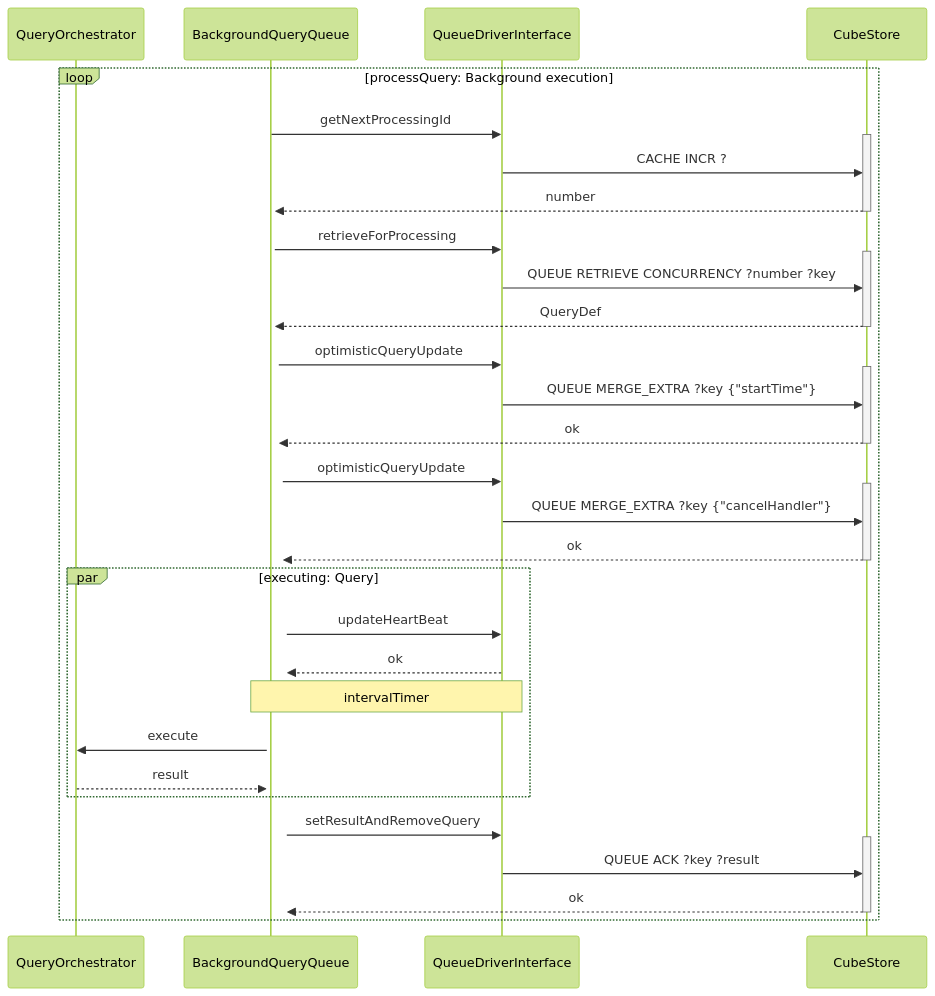
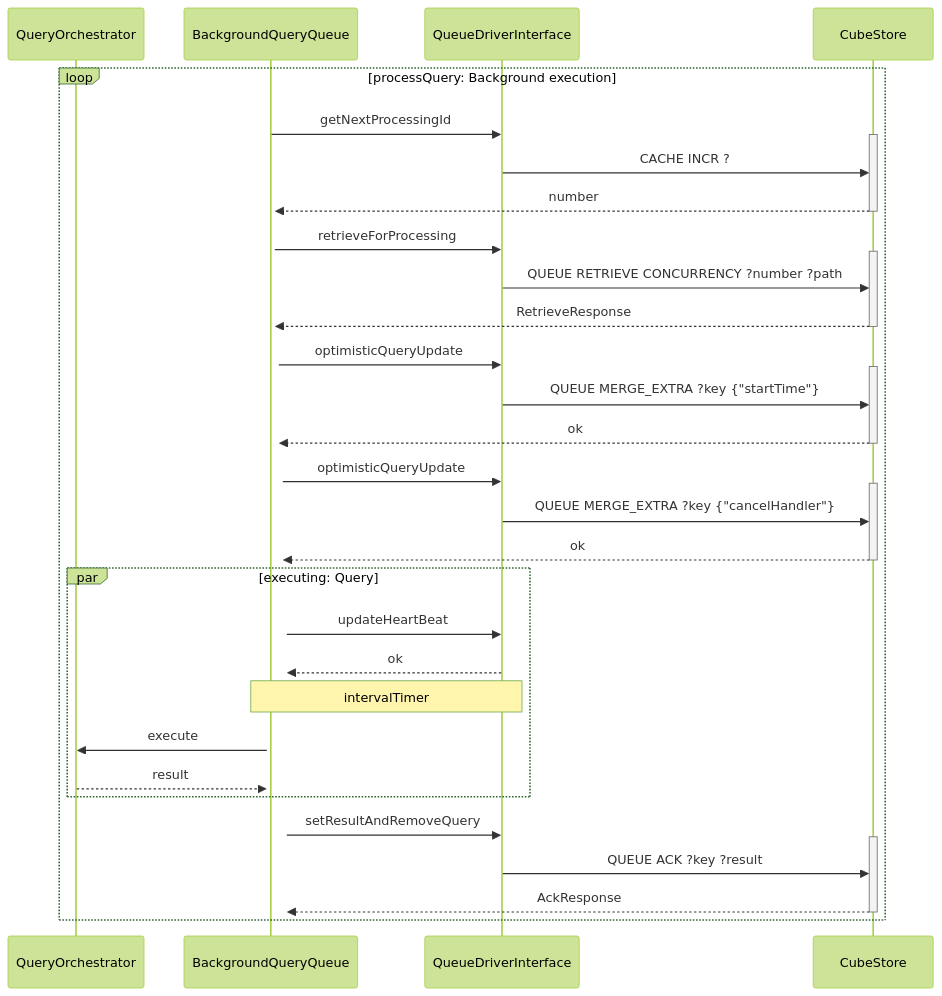
The second of 2 diagrams in packages/cubejs-query-orchestrator/DEVELOPMENT.md (TakahashiYuto1010/cube-rust), drawn with Mermaid (forest theme) before and after one commit. The commit also changed other lines of this file and 11 other files, not shown here.

Commit message:
feat(cubestore): Queue - support cancel, ack, result_blocking by processingId (#6551)

````diff
--- a/packages/cubejs-query-orchestrator/DEVELOPMENT.md
+++ b/packages/cubejs-query-orchestrator/DEVELOPMENT.md
@@ -60,48 +94,48 @@
 ```mermaid
 sequenceDiagram
     participant QueryOrchestrator
     participant BackgroundQueryQueue
     participant QueueDriverInterface
     participant CubeStore
 
     loop processQuery: Background execution
         BackgroundQueryQueue->>QueueDriverInterface: getNextProcessingId
         activate CubeStore
         QueueDriverInterface->>CubeStore: CACHE INCR ?
         CubeStore-->>+BackgroundQueryQueue: number
         deactivate CubeStore
 
         BackgroundQueryQueue->>QueueDriverInterface: retrieveForProcessing
         activate CubeStore
-        QueueDriverInterface->>CubeStore: QUEUE RETRIEVE CONCURRENCY ?number ?key
-        CubeStore-->>+BackgroundQueryQueue: QueryDef
+        QueueDriverInterface->>CubeStore: QUEUE RETRIEVE CONCURRENCY ?number ?path
+        CubeStore-->>+BackgroundQueryQueue: RetrieveResponse
         deactivate CubeStore
 
         BackgroundQueryQueue->>QueueDriverInterface: optimisticQueryUpdate
         activate CubeStore
         QueueDriverInterface->>CubeStore: QUEUE MERGE_EXTRA ?key {"startTime"}
         CubeStore-->>+BackgroundQueryQueue: ok
         deactivate CubeStore
 
         BackgroundQueryQueue->>QueueDriverInterface: optimisticQueryUpdate
         activate CubeStore
         QueueDriverInterface->>CubeStore: QUEUE MERGE_EXTRA ?key {"cancelHandler"}
         CubeStore-->>+BackgroundQueryQueue: ok
         deactivate CubeStore
 
         par executing: Query
             BackgroundQueryQueue->>QueueDriverInterface: updateHeartBeat
             QueueDriverInterface-->>BackgroundQueryQueue: ok
             Note over BackgroundQueryQueue,QueueDriverInterface: intervalTimer
 
             BackgroundQueryQueue->>QueryOrchestrator: execute
             QueryOrchestrator-->>BackgroundQueryQueue: result
         end
 
         BackgroundQueryQueue->>QueueDriverInterface: setResultAndRemoveQuery
         activate CubeStore
         QueueDriverInterface->>CubeStore: QUEUE ACK ?key ?result
-        CubeStore-->>+BackgroundQueryQueue: ok
+        CubeStore-->>+BackgroundQueryQueue: AckResponse
         deactivate CubeStore
     end
 ```
````
